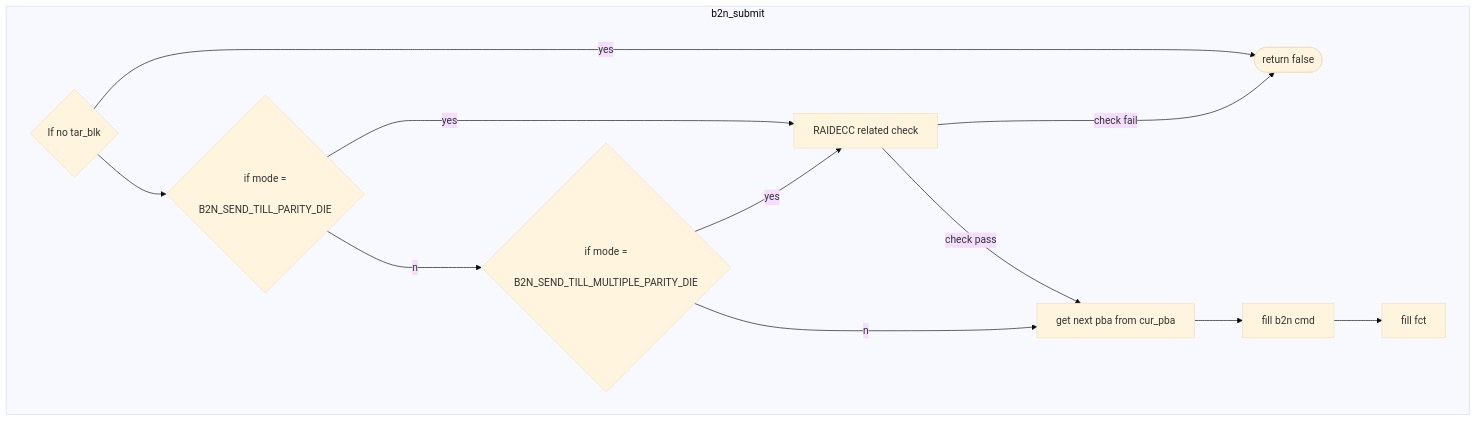
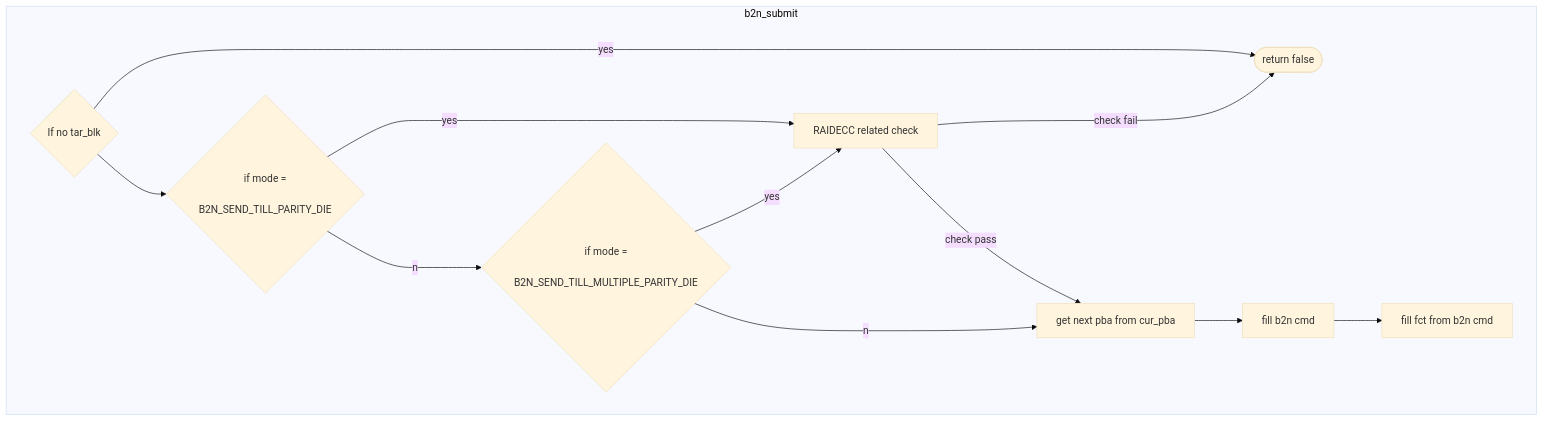
Before and after one commit to jenny112646/iodraw-files: the diagram in all/未命名-2.md, drawn with Mermaid (base theme).

Commit message:
2024-06-07 11:03:09 update

````diff
--- a/all/未命名-2.md
+++ b/all/未命名-2.md
@@ -1,19 +1,20 @@
 ```mermaid
 flowchart TD
 subgraph b2n_submit
     direction LR
     c1{"If no tar_blk"} --yes--> c2([return false])
     c1 --> c3{"if mode =
     B2N_SEND_TILL_PARITY_DIE"}
     c3 --yes--> c4["RAIDECC related check"]
     c3 --no--> c5{"if mode =
     B2N_SEND_TILL_MULTIPLE_PARITY_DIE"}
     c5 --yes--> c4["RAIDECC related check"]
     c5 --no--> c6["get next pba from cur_pba"]
     c4 --"check fail"---> c2
     c4 --"check pass"--> c6
     c6 --> c7["fill b2n cmd"]
-    c7 --> c8["fill fct "]
+    c7 --> c8["fill fct from b2n cmd"]
+    c8
 
 end
 ```
````
